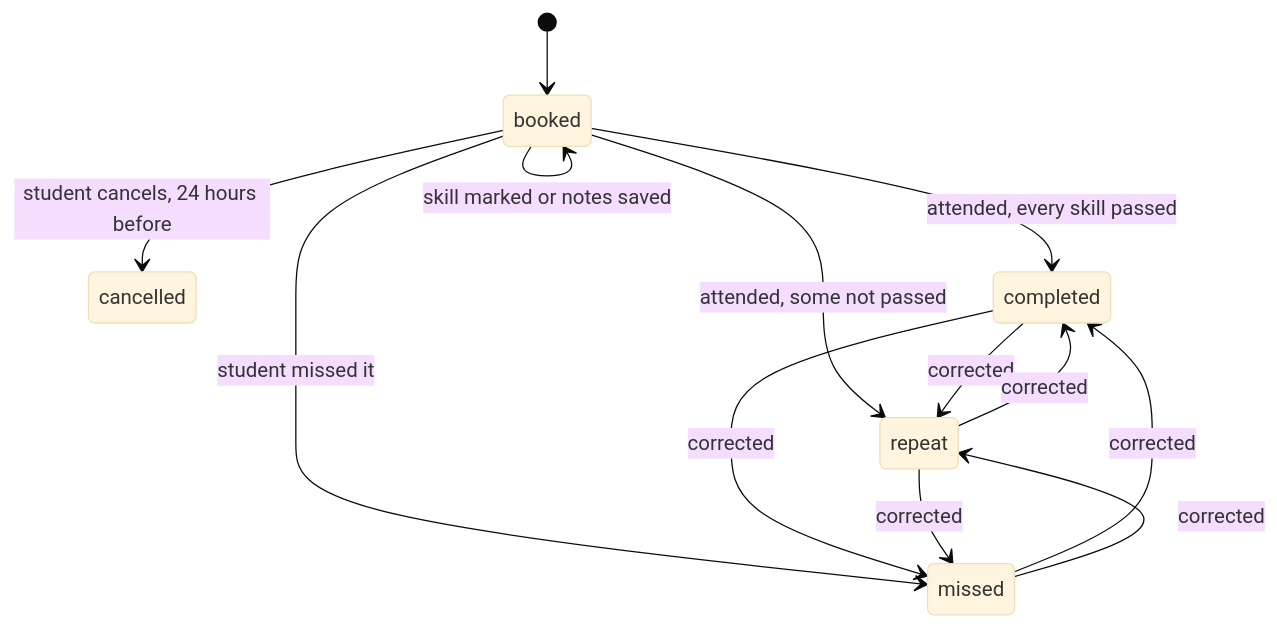
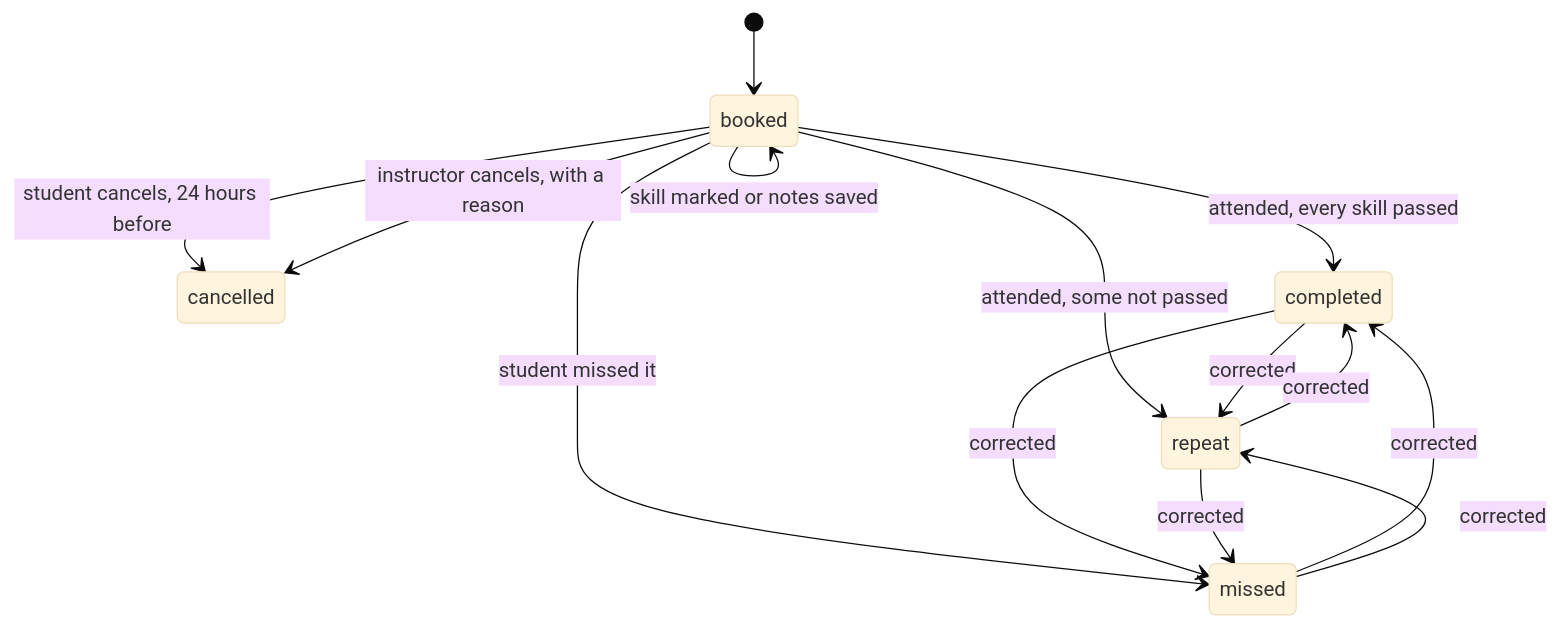
The seventh of 10 diagrams in ARCHITECTURE.md (Valiance-Studios/halo-drivers-ed), drawn with Mermaid (base theme) before and after one commit. The commit also changed other lines of this file and 36 other files, not shown here.

````diff
--- a/ARCHITECTURE.md
+++ b/ARCHITECTURE.md
@@ -258,15 +297,16 @@
 ```mermaid
 stateDiagram-v2
     [*] --> booked
     booked --> cancelled: student cancels, 24 hours before
+    booked --> cancelled: instructor cancels, with a reason
     booked --> booked: skill marked or notes saved
     booked --> completed: attended, every skill passed
     booked --> repeat: attended, some not passed
     booked --> missed: student missed it
     completed --> repeat: corrected
     completed --> missed: corrected
     repeat --> completed: corrected
     repeat --> missed: corrected
     missed --> completed: corrected
     missed --> repeat: corrected
 ```
````
